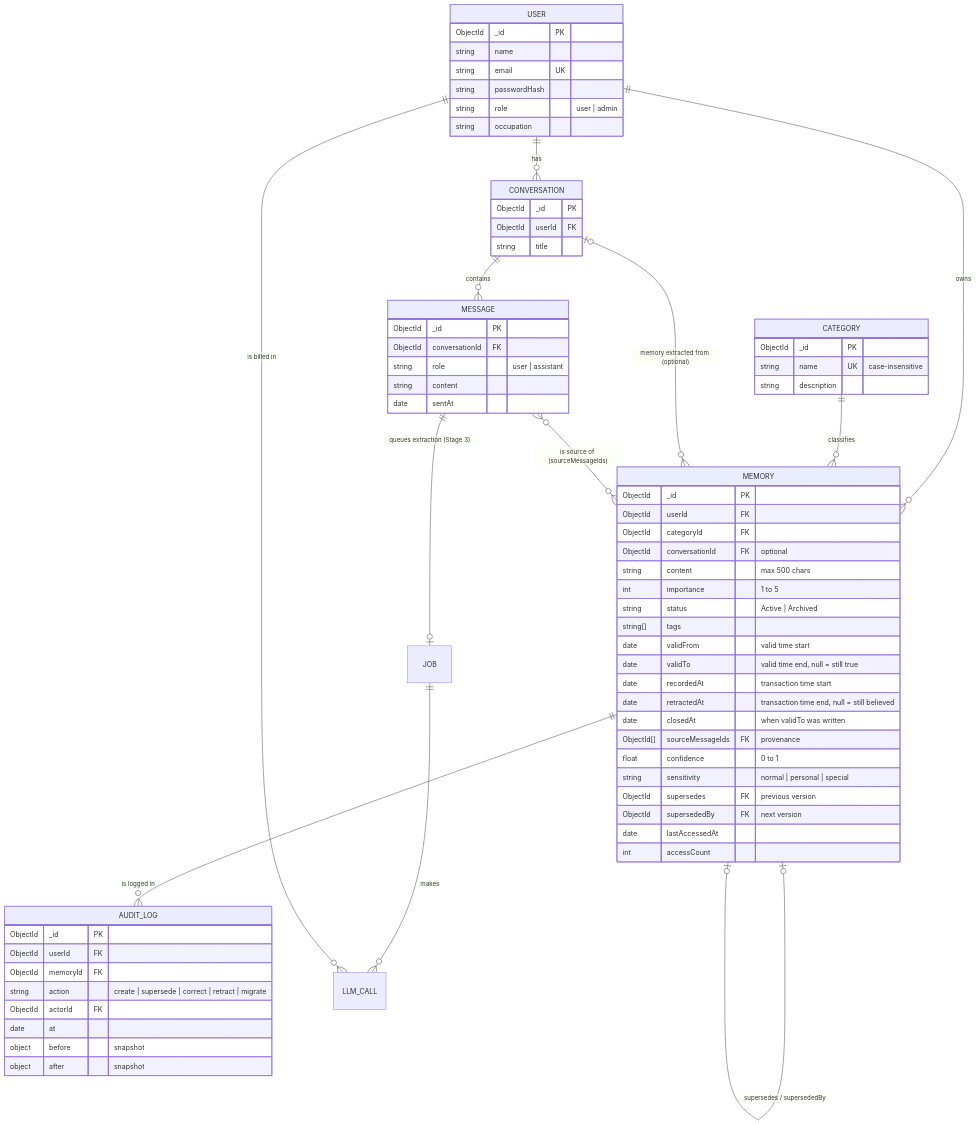
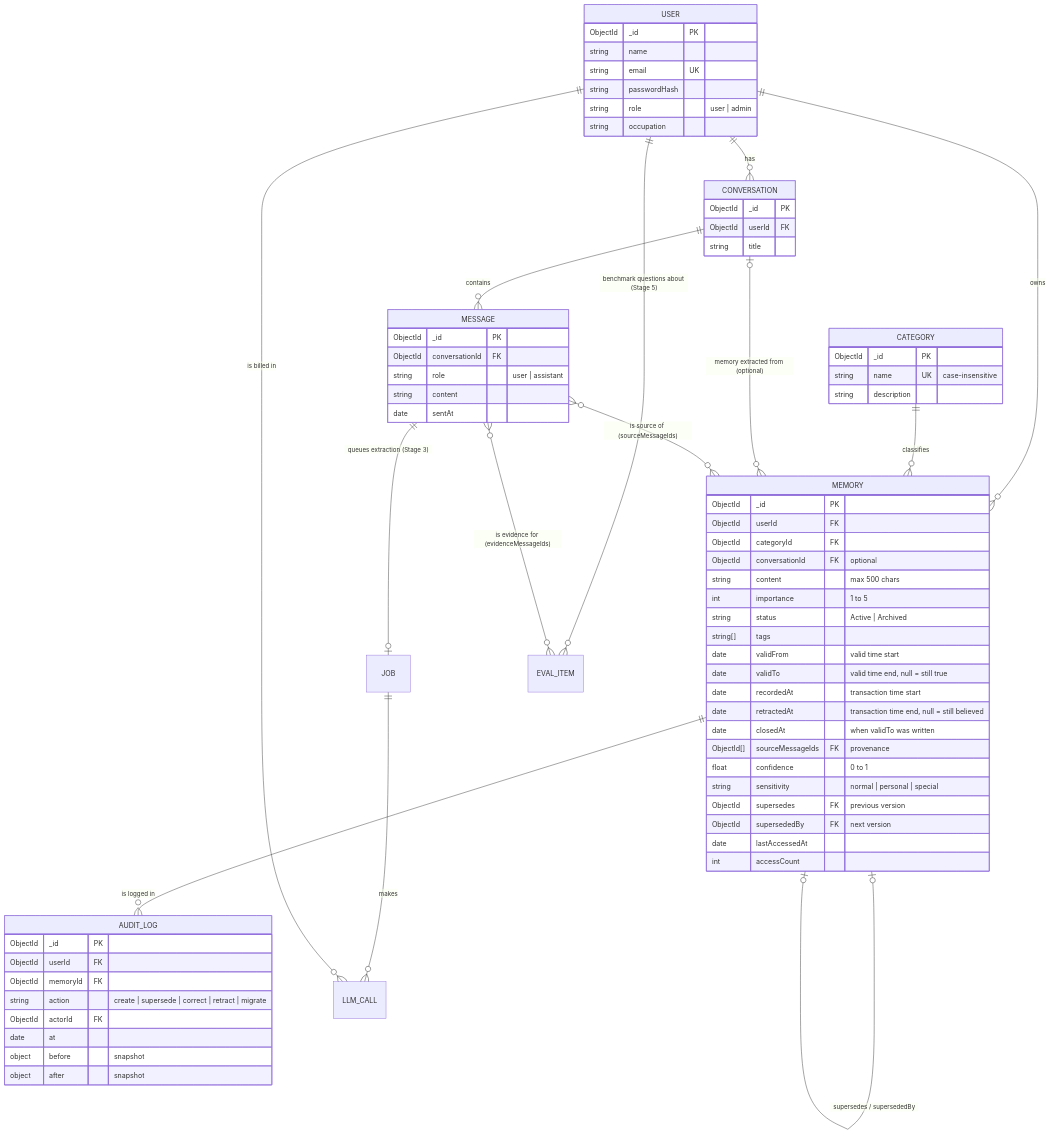
One commit to PavitranVC/AI-Memory-Organizer changed the second of 2 diagrams in README.md. Above: the diagram before and after it, drawn with Mermaid. The commit also changed other lines of this file and 2 other files, not shown here.

````diff
--- a/README.md
+++ b/README.md
@@ -317,72 +341,74 @@
 ```mermaid
 erDiagram
   USER ||--o{ CONVERSATION : "has"
   USER ||--o{ MEMORY : "owns"
   CONVERSATION ||--o{ MESSAGE : "contains"
   CATEGORY ||--o{ MEMORY : "classifies"
   CONVERSATION |o--o{ MEMORY : "memory extracted from (optional)"
   MESSAGE }o--o{ MEMORY : "is source of (sourceMessageIds)"
   MEMORY |o--o| MEMORY : "supersedes / supersededBy"
   MEMORY ||--o{ AUDIT_LOG : "is logged in"
   MESSAGE ||--o| JOB : "queues extraction (Stage 3)"
   JOB ||--o{ LLM_CALL : "makes"
   USER ||--o{ LLM_CALL : "is billed in"
+  USER ||--o{ EVAL_ITEM : "benchmark questions about (Stage 5)"
+  MESSAGE }o--o{ EVAL_ITEM : "is evidence for (evidenceMessageIds)"
 
   USER {
     ObjectId _id PK
     string name
     string email UK
     string passwordHash
     string role "user | admin"
     string occupation
   }
   CATEGORY {
     ObjectId _id PK
     string name UK "case-insensitive"
     string description
   }
   CONVERSATION {
     ObjectId _id PK
     ObjectId userId FK
     string title
   }
   MESSAGE {
     ObjectId _id PK
     ObjectId conversationId FK
     string role "user | assistant"
     string content
     date sentAt
   }
   MEMORY {
     ObjectId _id PK
     ObjectId userId FK
     ObjectId categoryId FK
     ObjectId conversationId FK "optional"
     string content "max 500 chars"
     int importance "1 to 5"
     string status "Active | Archived"
     string[] tags
     date validFrom "valid time start"
     date validTo "valid time end, null = still true"
     date recordedAt "transaction time start"
     date retractedAt "transaction time end, null = still believed"
     date closedAt "when validTo was written"
     ObjectId[] sourceMessageIds FK "provenance"
     float confidence "0 to 1"
     string sensitivity "normal | personal | special"
     ObjectId supersedes FK "previous version"
     ObjectId supersededBy FK "next version"
     date lastAccessedAt
     int accessCount
   }
   AUDIT_LOG {
     ObjectId _id PK
     ObjectId userId FK
     ObjectId memoryId FK
     string action "create | supersede | correct | retract | migrate"
     ObjectId actorId FK
     date at
     object before "snapshot"
     object after "snapshot"
   }
 ```
````
